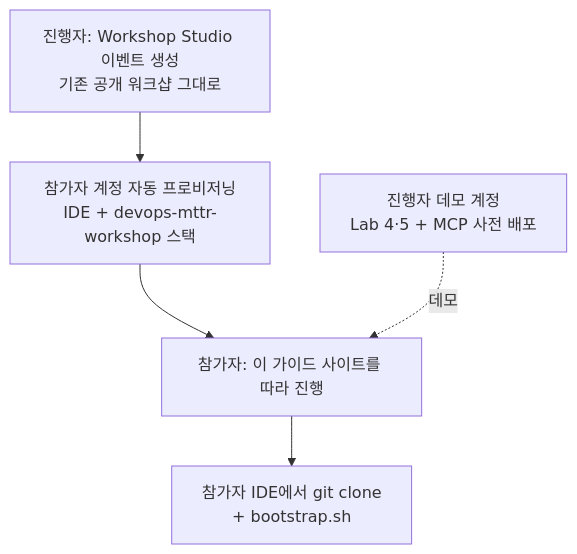
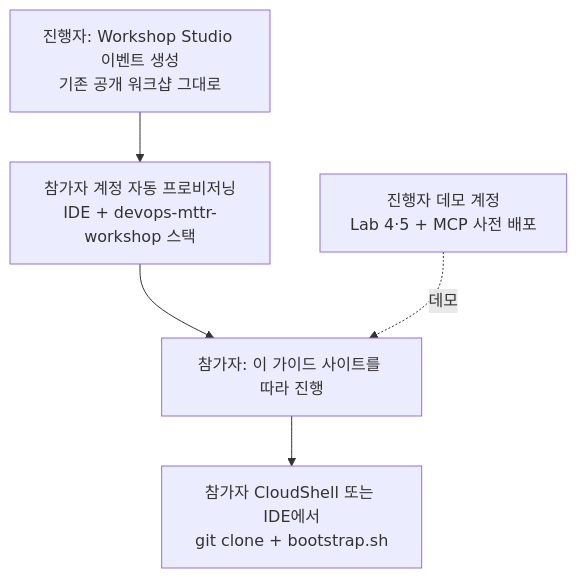
Before and after one commit to hsr87/devops-agent-workshop-kr: the diagram in docs/facilitator/index.md, drawn with Mermaid. The commit also changed other lines of this file and 19 other files, not shown here.

First line of the commit message:
Support console + CloudShell alongside the VS Code IDE

````diff
--- a/docs/facilitator/index.md
+++ b/docs/facilitator/index.md
@@ -5,7 +5,7 @@
 ```mermaid
 flowchart TB
   P[진행자: Workshop Studio 이벤트 생성<br/>기존 공개 워크샵 그대로] --> A[참가자 계정 자동 프로비저닝<br/>IDE + devops-mttr-workshop 스택]
   A --> B[참가자: 이 가이드 사이트를 따라 진행]
-  B --> C[참가자 IDE에서 git clone<br/>+ bootstrap.sh]
+  B --> C[참가자 CloudShell 또는 IDE에서<br/>git clone + bootstrap.sh]
   D[진행자 데모 계정<br/>Lab 4·5 + MCP 사전 배포] -.데모.-> B
 ```
````
